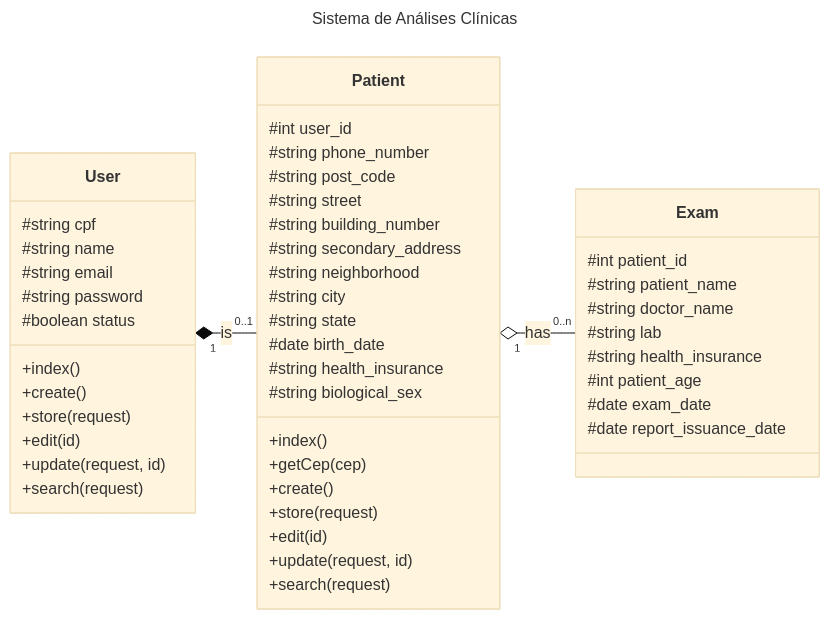
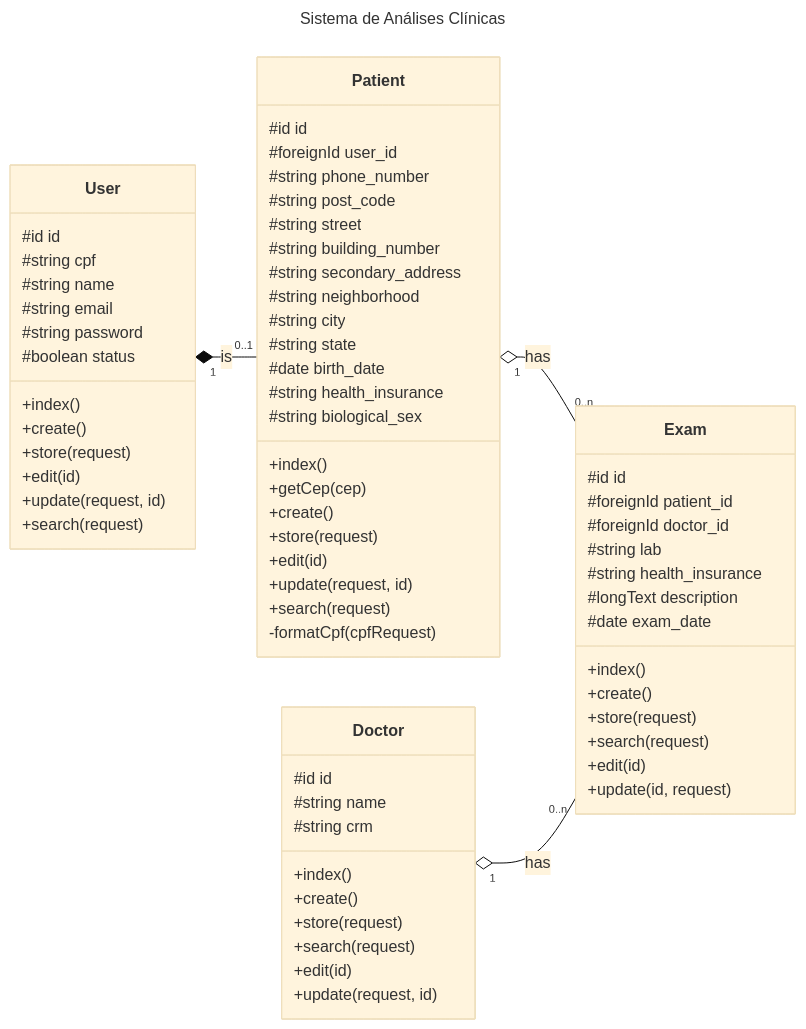
The diagram in docs/diagrama_de_classes.md (UniFil-NPI/ProjetoAnalisesClinicas), drawn with Mermaid (base theme) before and after one commit. The commit also changed 1 other file, not shown here.

Commit message:
Diagrama de classes atualizado com nova classe Doctor e alterações nas outras classes

````diff
--- a/docs/diagrama_de_classes.md
+++ b/docs/diagrama_de_classes.md
@@ -3,62 +3,84 @@
 ```mermaid
 ---
 title: Sistema de Análises Clínicas
 ---
 classDiagram
 
 direction LR
 
 User "1" *-- "0..1" Patient : is
 
 class User {
+    #id id
     #string cpf 
     #string name
     #string email
     #string password
     #boolean status
     +index()
     +create()
     +store(request)
     +edit(id)
     +update(request, id)
     +search(request)
 }
 
 Patient "1" o-- "0..n" Exam : has
 
 class Patient{
-    #int user_id
+    #id id
+    #foreignId user_id
     #string phone_number
     #string post_code
     #string street
     #string building_number
     #string secondary_address
     #string neighborhood
     #string city
     #string state
     #date birth_date
     #string health_insurance
     #string biological_sex
     +index()
     +getCep(cep)
     +create()
     +store(request)
     +edit(id)
     +update(request, id)
     +search(request)
+    -formatCpf(cpfRequest)
 }
 
 class Exam {
-    #int patient_id
-    #string patient_name
-    #string doctor_name
+    #id id
+    #foreignId patient_id
+    #foreignId doctor_id
     #string lab
     #string health_insurance
-    #int patient_age
+    #longText description
     #date exam_date
-    #date report_issuance_date
+    +index()
+    +create()
+    +store(request)
+    +search(request)
+    +edit(id)
+    +update(id, request)
 
+}
+
+Doctor "1" o-- "0..n" Exam : has
+
+class Doctor {
+    #id id
+    #string name
+    #string crm
+    +index()
+    +create()
+    +store(request)
+    +search(request)
+    +edit(id)
+    +update(request, id)
 }
 
 
 ```
````
